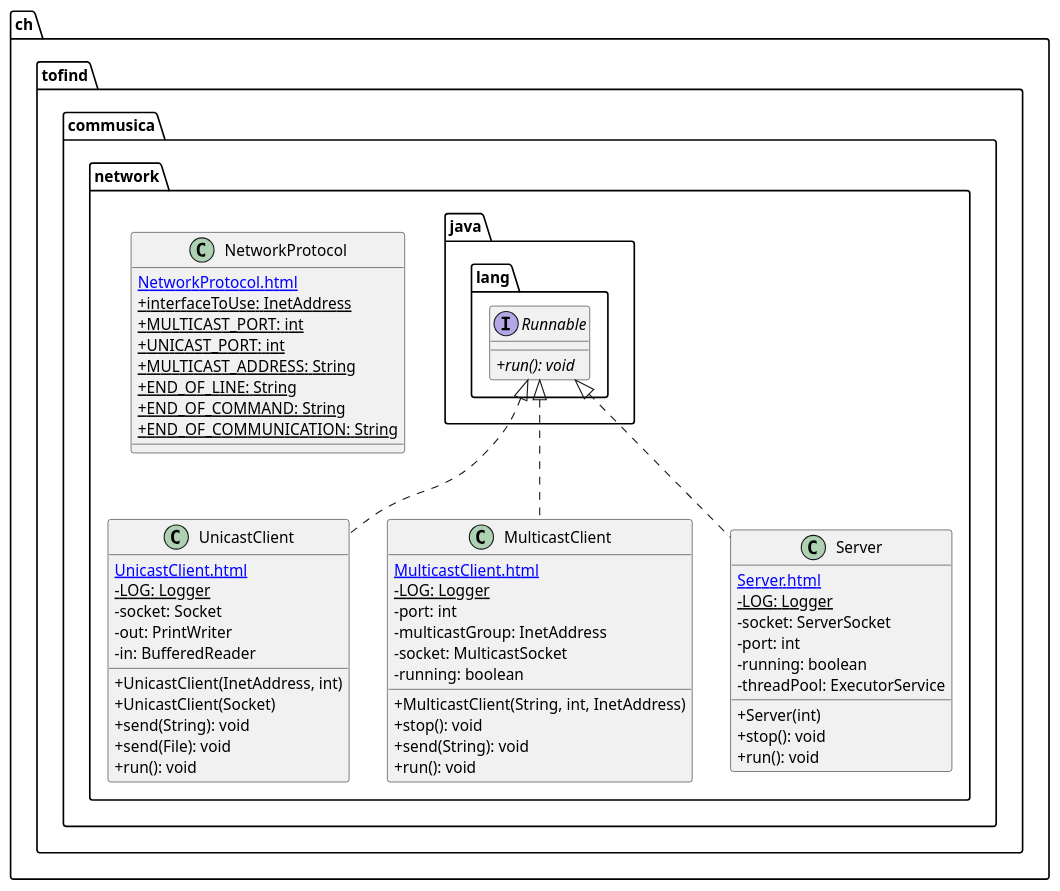
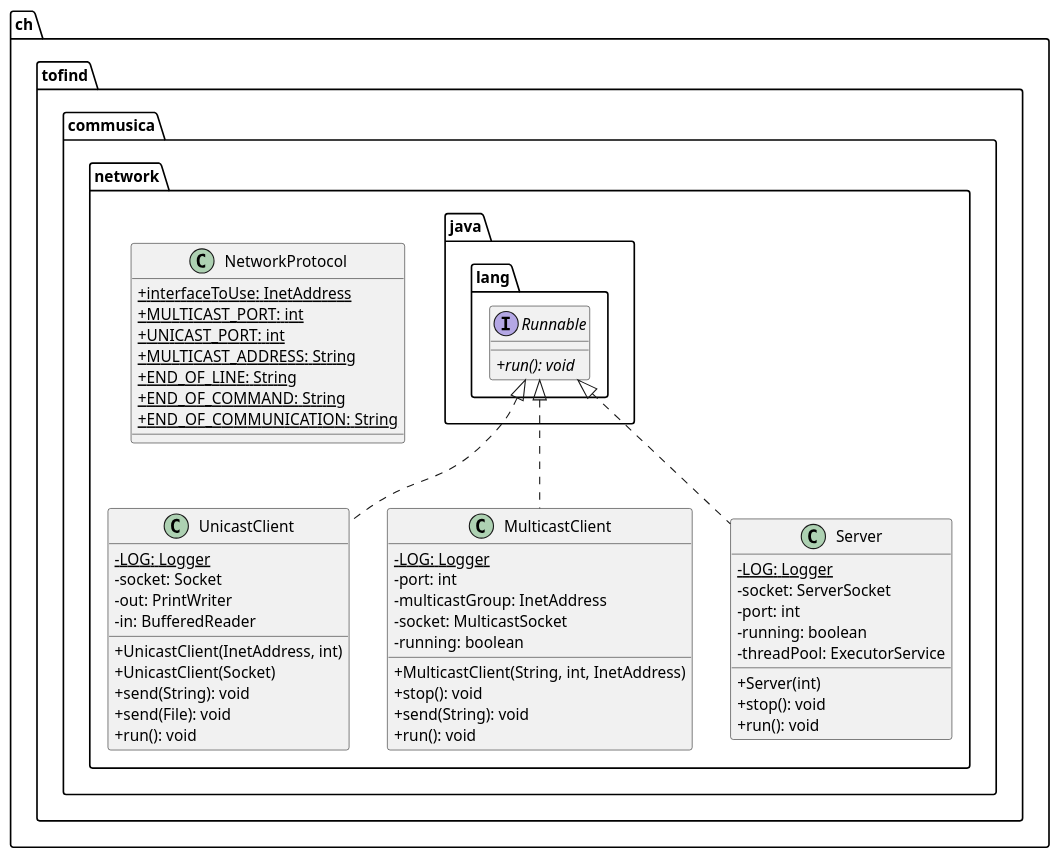
The diagram in doc/PRO/UML/network.puml (heig-vd-pro2017/projet), drawn with PlantUML before and after one commit. The commit also changed 8 other files, not shown here.

```diff
--- a/doc/PRO/UML/network.puml
+++ b/doc/PRO/UML/network.puml
@@ -1,67 +1,63 @@
 @startuml
 
     skinparam classAttributeIconSize 0
 
     namespace ch.tofind.commusica.network {
 
         class UnicastClient {
-            [[UnicastClient.html]]
             {static} -LOG: Logger
             -socket: Socket
             -out: PrintWriter
             -in: BufferedReader
             +UnicastClient(InetAddress, int)
             +UnicastClient(Socket)
             +send(String): void
             +send(File): void
             +run(): void
         }
 
         class MulticastClient {
-            [[MulticastClient.html]]
             {static} -LOG: Logger
             -port: int
             -multicastGroup: InetAddress
             -socket: MulticastSocket
             -running: boolean
             +MulticastClient(String, int, InetAddress)
             +stop(): void
             +send(String): void
             +run(): void
         }
 
         class Server {
-            [[Server.html]]
             {static} -LOG: Logger
             -socket: ServerSocket
             -port: int
             -running: boolean
             -threadPool: ExecutorService
             +Server(int)
             +stop(): void
             +run(): void
         }
 
         class NetworkProtocol {
-            [[NetworkProtocol.html]]
             {static} +interfaceToUse: InetAddress
             {static} +MULTICAST_PORT: int
             {static} +UNICAST_PORT: int
             {static} +MULTICAST_ADDRESS: String
             {static} +END_OF_LINE: String
             {static} +END_OF_COMMAND: String
             {static} +END_OF_COMMUNICATION: String
         }
 
         interface java.lang.Runnable {
             {abstract} +run(): void
         }
         java.lang.Runnable <|.. UnicastClient
 
         java.lang.Runnable <|.. MulticastClient
 
         java.lang.Runnable <|.. Server
 
     }
 
 @enduml
```
